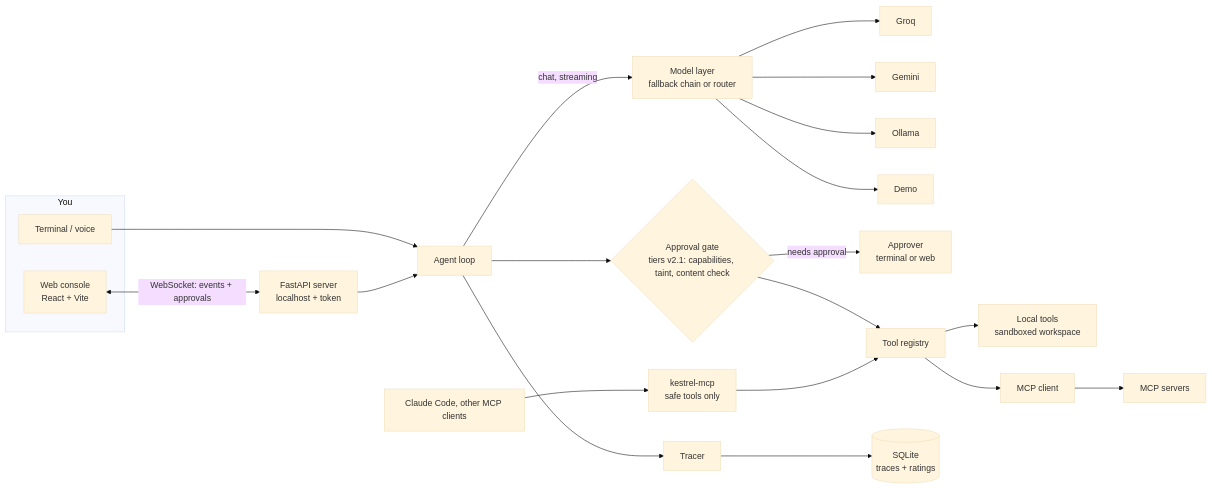
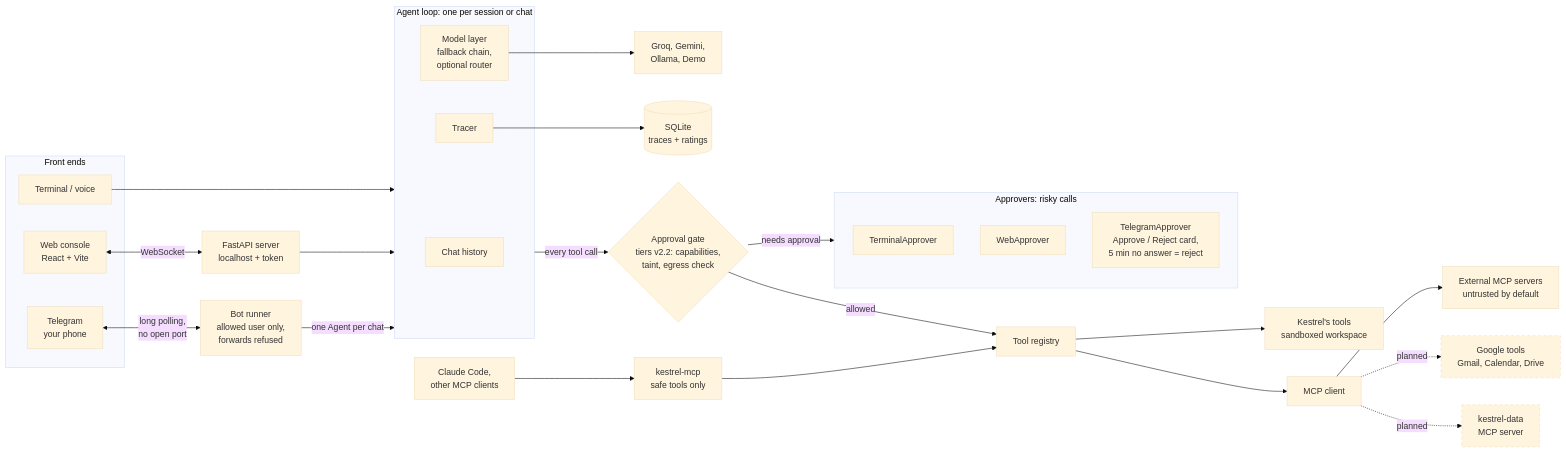
Before and after one commit to Ecko-maker/kestrel: the diagram in README.md, drawn with Mermaid (base theme). The commit also changed other lines of this file, not shown here.

Commit message:
docs(readme): add Telegram channel to the architecture diagram (#99)

````diff
--- a/README.md
+++ b/README.md
@@ -167,19 +167,39 @@
 ```mermaid
 flowchart LR
-    subgraph clients [You]
+    subgraph fronts [Front ends]
         T[Terminal / voice]
         W[Web console<br/>React + Vite]
+        TG[Telegram<br/>your phone]
     end
-    W <-->|WebSocket: events + approvals| S[FastAPI server<br/>localhost + token]
-    T --> A
-    S --> A[Agent loop]
-    A -->|chat, streaming| F[Model layer<br/>fallback chain or router]
-    F --> P1[Groq] & P2[Gemini] & P3[Ollama] & P4[Demo]
-    A --> G{Approval gate<br/>tiers v2.1: capabilities, taint, content check}
-    G -->|needs approval| AP[Approver<br/>terminal or web]
-    G --> R[Tool registry]
-    R --> L[Local tools<br/>sandboxed workspace]
-    R --> M[MCP client] --> MS[MCP servers]
-    A --> TR[Tracer] --> DB[(SQLite<br/>traces + ratings)]
-    C[Claude Code, other MCP clients] --> KM[kestrel-mcp<br/>safe tools only] --> R
+    W <-->|WebSocket| S[FastAPI server<br/>localhost + token]
+    TG <-->|long polling,<br/>no open port| B[Bot runner<br/>allowed user only,<br/>forwards refused]
+
+    subgraph agent [Agent loop: one per session or chat]
+        H[Chat history]
+        F[Model layer<br/>fallback chain,<br/>optional router]
+        TR[Tracer]
+    end
+    T --> agent
+    S --> agent
+    B -->|one Agent per chat| agent
+    F --> P[Groq, Gemini,<br/>Ollama, Demo]
+    TR --> DB[(SQLite<br/>traces + ratings)]
+
+    agent -->|every tool call| G{Approval gate<br/>tiers v2.2: capabilities,<br/>taint, egress check}
+
+    subgraph approvers [Approvers: risky calls]
+        AT[TerminalApprover]
+        AW[WebApprover]
+        AG[TelegramApprover<br/>Approve / Reject card,<br/>5 min no answer = reject]
+    end
+    G -->|needs approval| approvers
+
+    G -->|allowed| R[Tool registry]
+    R --> L[Kestrel's tools<br/>sandboxed workspace]
+    R --> M[MCP client] --> MS[External MCP servers<br/>untrusted by default]
+    M -.->|planned| GO[Google tools<br/>Gmail, Calendar, Drive]:::planned
+    M -.->|planned| KD[kestrel-data<br/>MCP server]:::planned
+    C[Claude Code,<br/>other MCP clients] --> KM[kestrel-mcp<br/>safe tools only] --> R
+
+    classDef planned stroke-dasharray: 5 5
 ```
````
